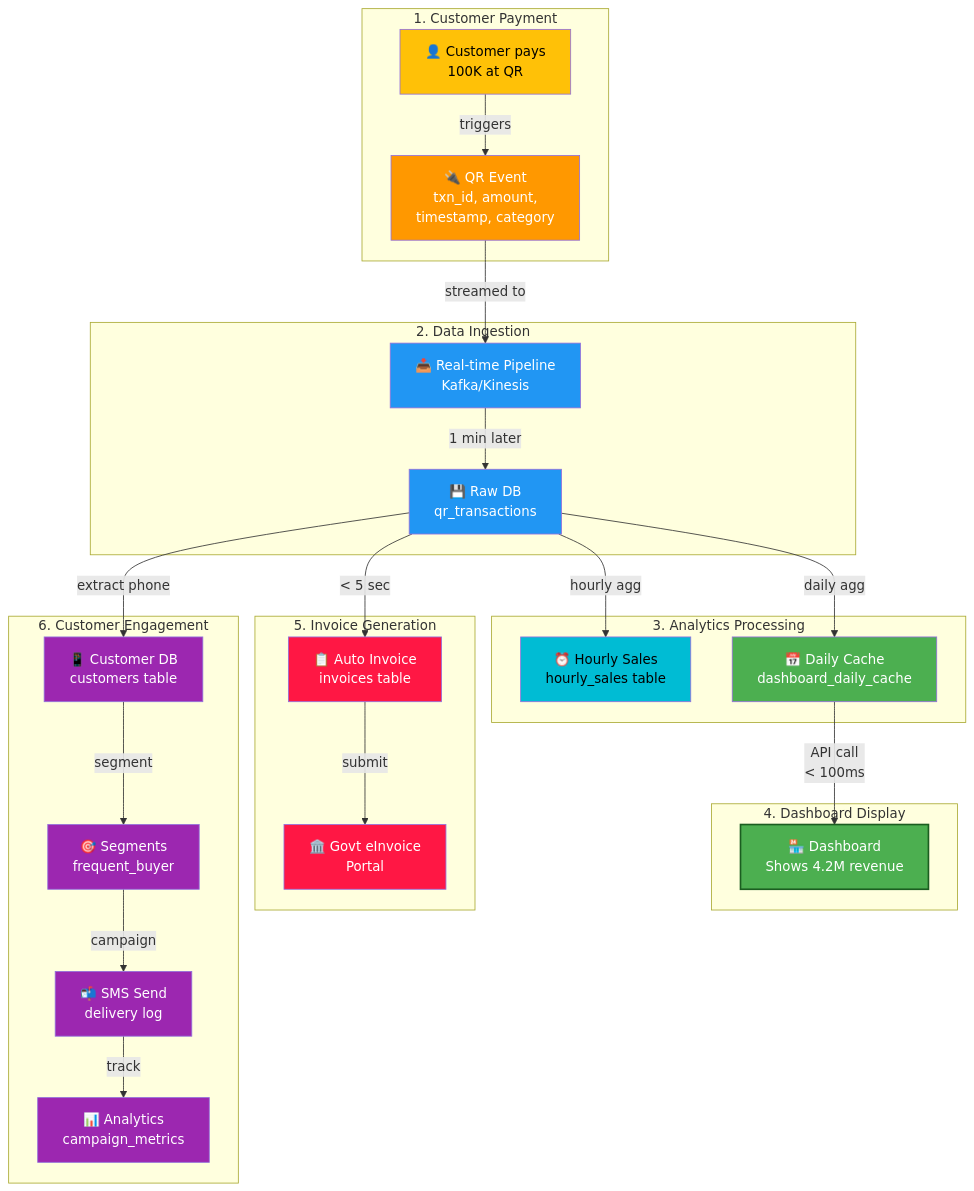
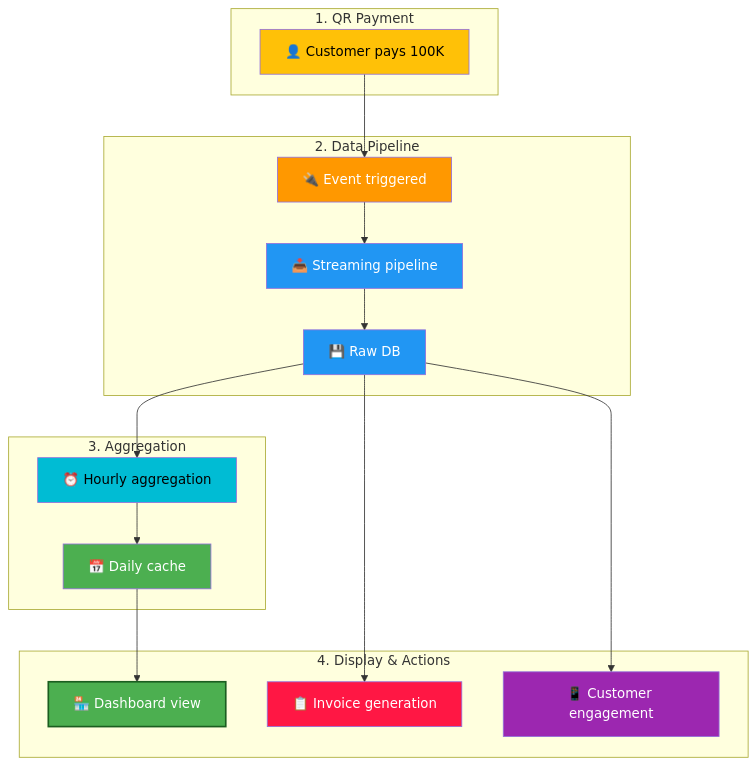
One commit to lamtquyen03/momo-product-engineering changed diagram 17 of 19 in product-areas/sme-merchants-product-design.md. Above: the diagram before and after it, drawn with Mermaid. The commit also changed other lines of this file, not shown here.

Commit message:
[OPTIMIZE] Condense Section 4 - preserve Mermaid diagrams, remove verbose SQL/examples

````diff
--- a/product-areas/sme-merchants-product-design.md
+++ b/product-areas/sme-merchants-product-design.md
@@ -1198,47 +881,42 @@
 ```mermaid
 graph TB
-    subgraph "1. Customer Payment"
-        A["👤 Customer pays<br/>100K at QR"]
-        A -->|"triggers"| B["🔌 QR Event<br/>txn_id, amount,<br/>timestamp, category"]
+    subgraph "1. QR Payment"
+        A["👤 Customer pays 100K"]
     end
 
-    subgraph "2. Data Ingestion"
-        B -->|"streamed to"| C["📥 Real-time Pipeline<br/>Kafka/Kinesis"]
-        C -->|"1 min later"| D["💾 Raw DB<br/>qr_transactions"]
+    subgraph "2. Data Pipeline"
+        B["🔌 Event triggered"]
+        C["📥 Streaming pipeline"]
+        D["💾 Raw DB"]
     end
 
-    subgraph "3. Analytics Processing"
-        D -->|"hourly agg"| E["⏰ Hourly Sales<br/>hourly_sales table"]
-        D -->|"daily agg"| F["📅 Daily Cache<br/>dashboard_daily_cache"]
+    subgraph "3. Aggregation"
+        E["⏰ Hourly aggregation"]
+        F["📅 Daily cache"]
     end
 
-    subgraph "4. Dashboard Display"
-        F -->|"API call<br/>< 100ms"| G["🏪 Dashboard<br/>Shows 4.2M revenue"]
+    subgraph "4. Display & Actions"
+        G["🏪 Dashboard view"]
+        H["📋 Invoice generation"]
+        I["📱 Customer engagement"]
     end
 
-    subgraph "5. Invoice Generation"
-        D -->|"< 5 sec"| H["📋 Auto Invoice<br/>invoices table"]
-        H -->|"submit"| I["🏛️ Govt eInvoice<br/>Portal"]
-    end
-
-    subgraph "6. Customer Engagement"
-        D -->|"extract phone"| J["📱 Customer DB<br/>customers table"]
-        J -->|"segment"| K["🎯 Segments<br/>frequent_buyer"]
-        K -->|"campaign"| L["📬 SMS Send<br/>delivery log"]
-        L -->|"track"| M["📊 Analytics<br/>campaign_metrics"]
-    end
+    A --> B
+    B --> C
+    C --> D
+    D --> E
+    E --> F
+    F --> G
+    D --> H
+    D --> I
 
     style A fill:#FFC107,color:#000
     style B fill:#FF9800,color:#fff
     style C fill:#2196F3,color:#fff
     style D fill:#2196F3,color:#fff
     style E fill:#00BCD4,color:#000
     style F fill:#4CAF50,color:#fff
     style G fill:#4CAF50,color:#fff,stroke:#1B5E20,stroke-width:2px
     style H fill:#FF1744,color:#fff
-    style I fill:#FF1744,color:#fff
-    style J fill:#9C27B0,color:#fff
-    style K fill:#9C27B0,color:#fff
-    style L fill:#9C27B0,color:#fff
-    style M fill:#9C27B0,color:#fff
+    style I fill:#9C27B0,color:#fff
 ```
````
